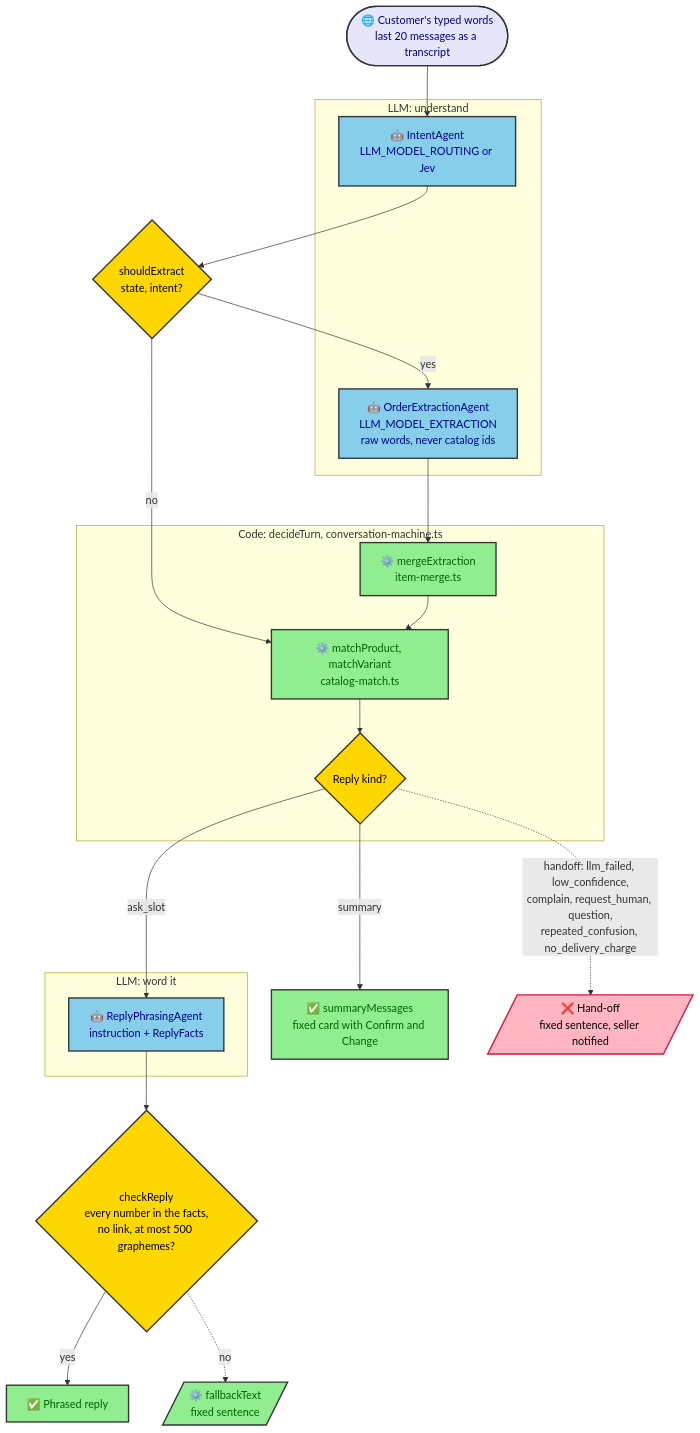
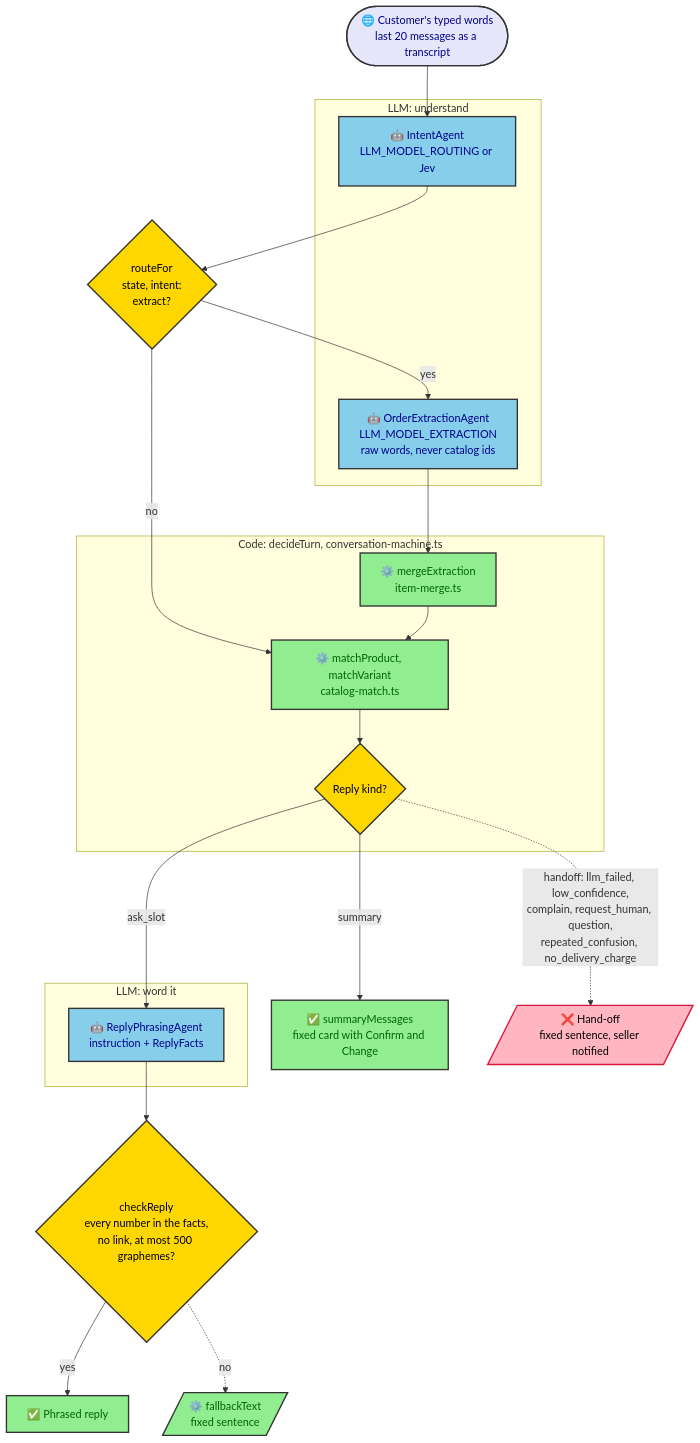
The first of 4 diagrams in docs/architecture/ai.md (nabil404/project-alpha), drawn with Mermaid before and after one commit. The commit also changed other lines of this file and 7 other files, not shown here.

````diff
--- a/docs/architecture/ai.md
+++ b/docs/architecture/ai.md
@@ -47,46 +47,46 @@
 ```mermaid
 flowchart TD
     chat(["🌐 Customer's typed words<br/>last 20 messages as a transcript"]) --> classify
 
     subgraph understand ["LLM: understand"]
         classify["🤖 IntentAgent<br/>LLM_MODEL_ROUTING or Jev"]
         extract["🤖 OrderExtractionAgent<br/>LLM_MODEL_EXTRACTION<br/>raw words, never catalog ids"]
     end
 
-    classify --> want{"shouldExtract<br/>state, intent?"}
+    classify --> want{"routeFor<br/>state, intent:<br/>extract?"}
     want -- yes --> extract
     want -- no --> match
     extract --> merge
 
     subgraph decideTurn ["Code: decideTurn, conversation-machine.ts"]
         merge["⚙️ mergeExtraction<br/>item-merge.ts"]
         match["⚙️ matchProduct, matchVariant<br/>catalog-match.ts"]
         next{"Reply kind?"}
         merge --> match --> next
     end
 
     next -- ask_slot --> phrase
     next -- summary --> card["✅ summaryMessages<br/>fixed card with Confirm and Change"]
 
     subgraph word ["LLM: word it"]
         phrase["🤖 ReplyPhrasingAgent<br/>instruction + ReplyFacts"]
     end
 
     phrase --> check{"checkReply<br/>every number in the facts,<br/>no link, at most 500 graphemes?"}
     check -- yes --> sent["✅ Phrased reply"]
     check -. no .-> fixed[/"⚙️ fallbackText<br/>fixed sentence"/]
     next -. "handoff: llm_failed, low_confidence,<br/>complain, request_human, question,<br/>repeated_confusion, no_delivery_charge" .-> handoff[/"❌ Hand-off<br/>fixed sentence, seller notified"/]
 
     classDef entry    fill:#E6E6FA,stroke:#333,stroke-width:2px,color:#00008B
     classDef guard    fill:#87CEEB,stroke:#333,stroke-width:2px,color:#00008B
     classDef decision fill:#FFD700,stroke:#333,stroke-width:2px,color:#000
     classDef work     fill:#90EE90,stroke:#333,stroke-width:2px,color:#006400
     classDef store    fill:#E6E6FA,stroke:#333,stroke-width:2px,color:#00008B
     classDef reject   fill:#FFB6C1,stroke:#DC143C,stroke-width:2px,color:#000
 
     class chat entry
     class classify,extract,phrase guard
     class want,next,check decision
     class merge,match,card,sent,fixed work
     class handoff reject
 ```
````
